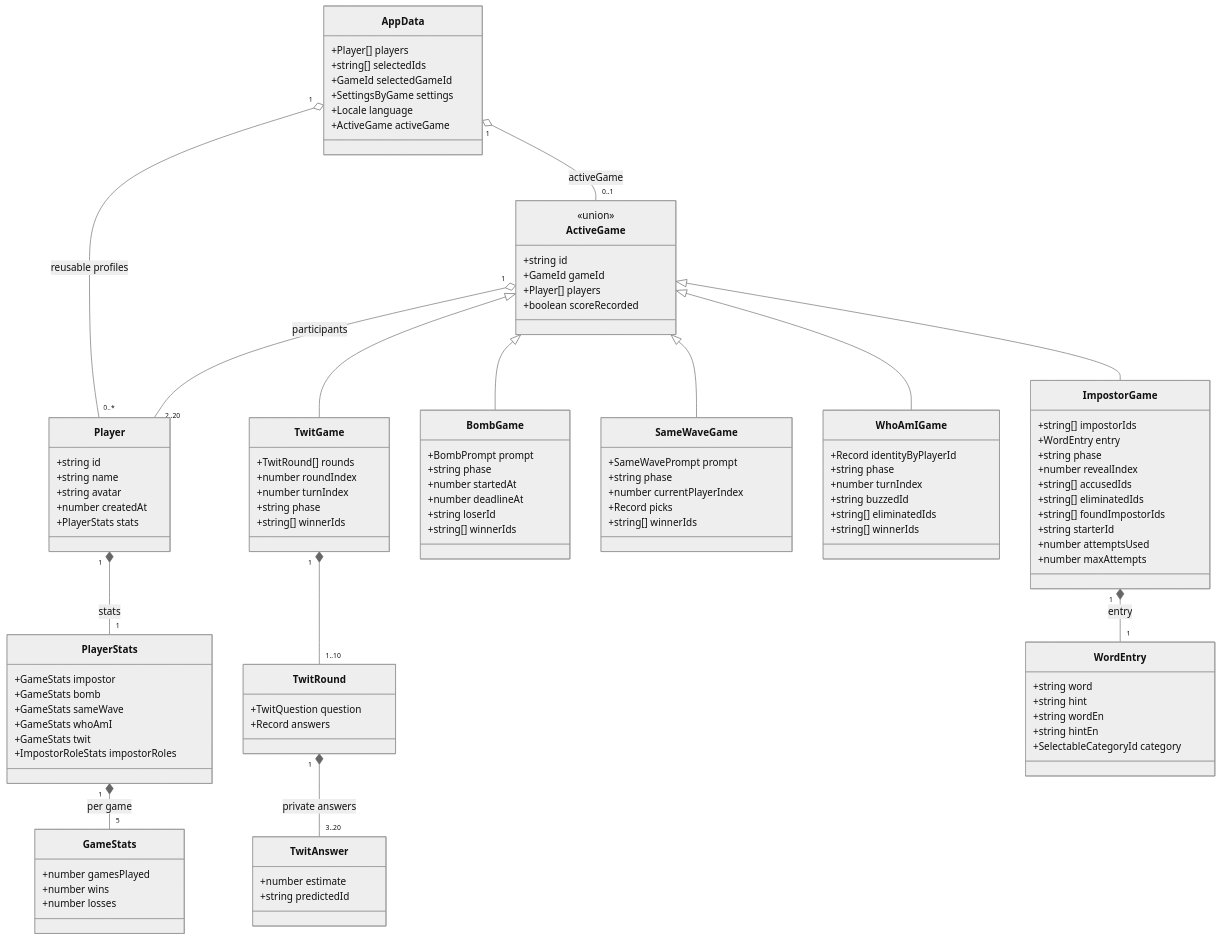
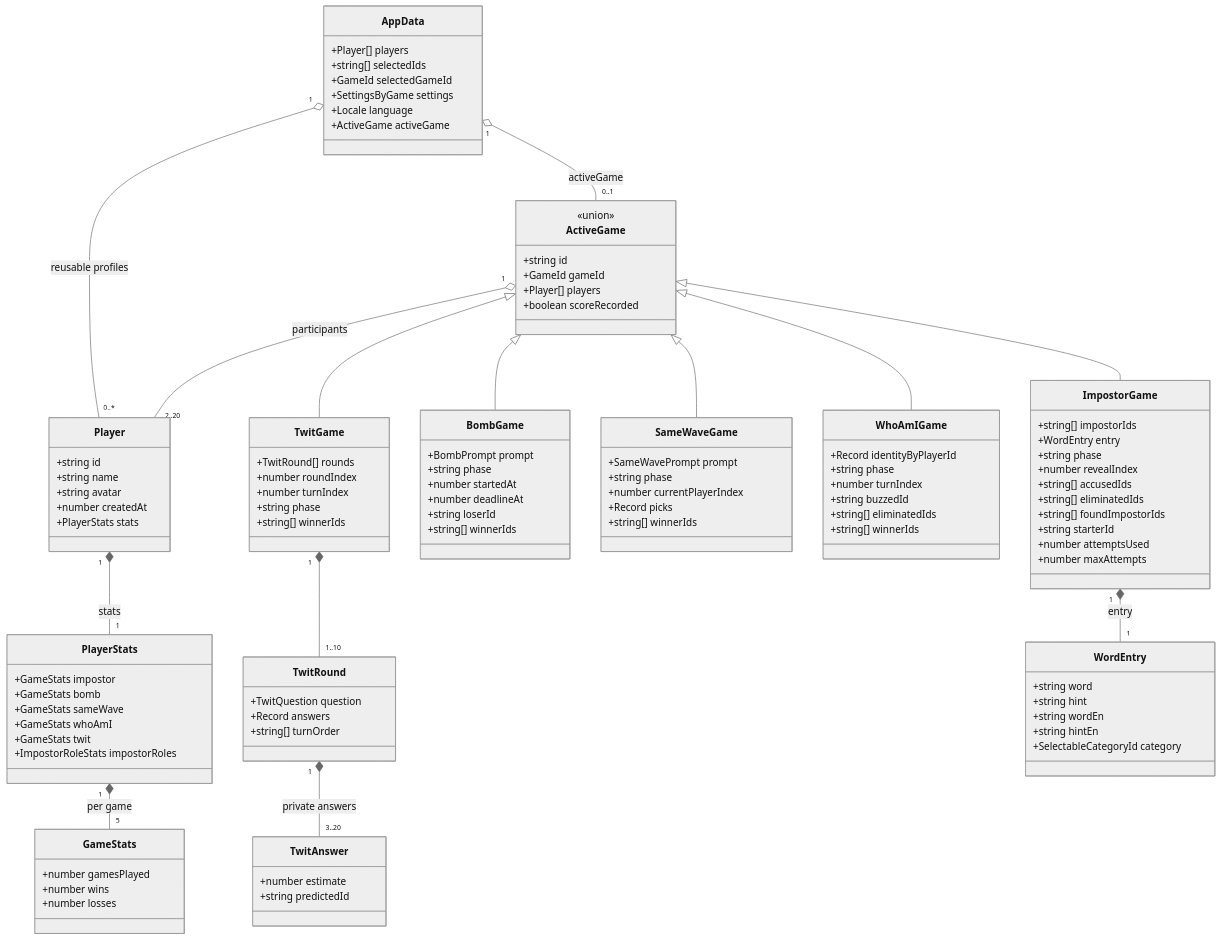
Before and after one commit to LucaSforza/ImpostorGame: the diagram in kb/indexeddb.md, drawn with Mermaid (neutral theme). The commit also changed other lines of this file and 6 other files, not shown here.

```diff
--- a/kb/indexeddb.md
+++ b/kb/indexeddb.md
@@ -96,6 +96,7 @@
   class TwitRound {
     +TwitQuestion question
     +Record answers
+    +string[] turnOrder
   }
   class TwitAnswer {
     +number estimate
```
